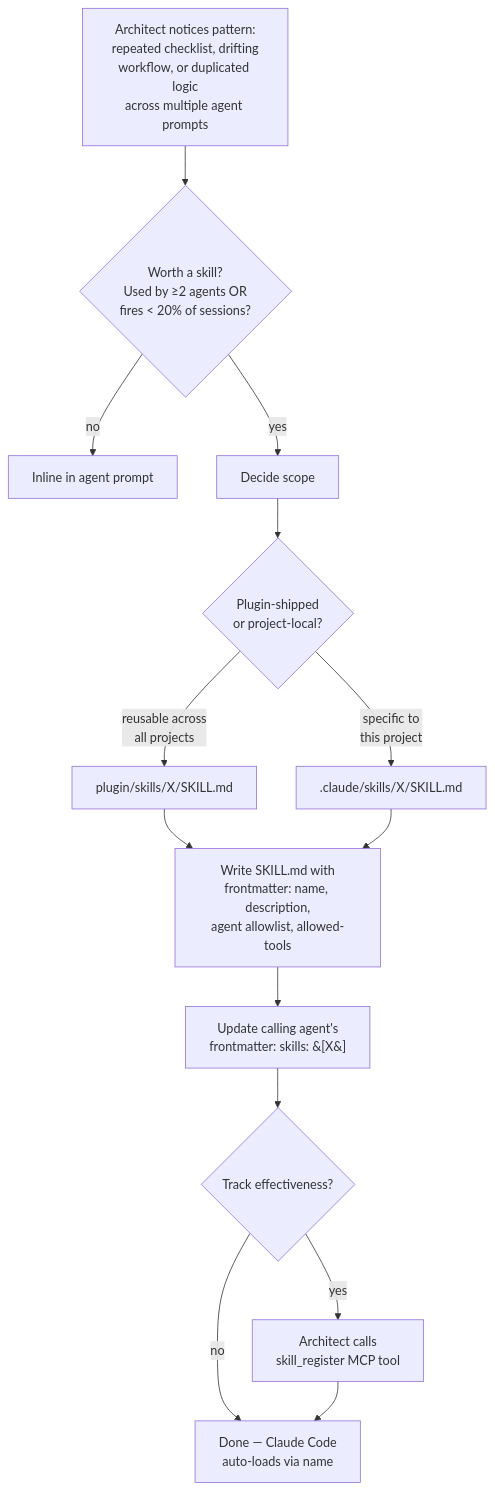
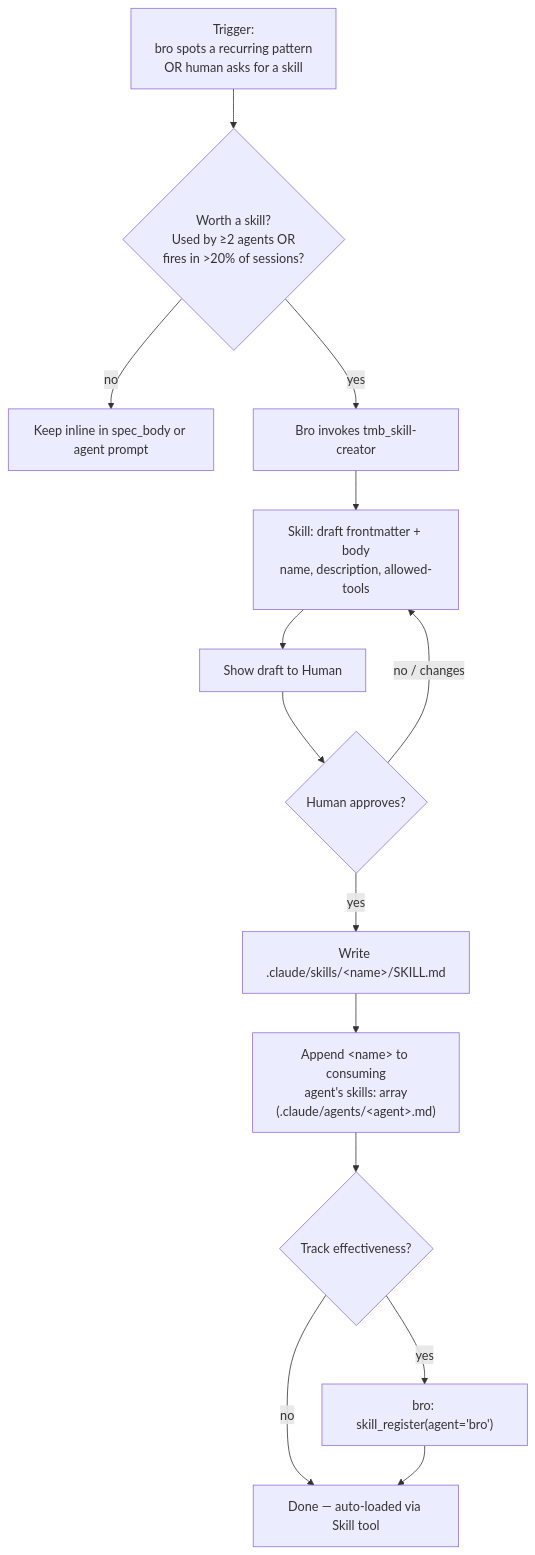
The fifth of 11 diagrams in docs/architecture/FLOWS.md (trustmybot/plugin), drawn with Mermaid before and after one commit. The commit also changed other lines of this file and 8 other files, not shown here.

````diff
--- a/docs/architecture/FLOWS.md
+++ b/docs/architecture/FLOWS.md
@@ -237,16 +243,16 @@
 ```mermaid
 flowchart TD
-    A["Architect notices pattern:<br/>repeated checklist, drifting<br/>workflow, or duplicated logic<br/>across multiple agent prompts"] --> B{"Worth a skill?<br/>Used by ≥2 agents OR<br/>fires &lt; 20% of sessions?"}
-    B -->|no| C[Inline in agent prompt]
-    B -->|yes| D[Decide scope]
-    D --> E{Plugin-shipped<br/>or project-local?}
-    E -->|reusable across<br/>all projects| F["plugin/skills/X/SKILL.md"]
-    E -->|specific to<br/>this project| G[".claude/skills/X/SKILL.md"]
-    F --> H["Write SKILL.md with<br/>frontmatter: name, description,<br/>agent allowlist, allowed-tools"]
-    G --> H
-    H --> I["Update calling agent's<br/>frontmatter: skills: &#91;X&#93;"]
+    A["Trigger:<br/>bro spots a recurring pattern<br/>OR human asks for a skill"] --> B{"Worth a skill?<br/>Used by ≥2 agents OR<br/>fires in &gt;20% of sessions?"}
+    B -->|no| C[Keep inline in spec_body or agent prompt]
+    B -->|yes| D[Bro invokes tmb_skill-creator]
+    D --> E[Skill: draft frontmatter + body<br/>name, description, allowed-tools]
+    E --> F[Show draft to Human]
+    F --> G{Human approves?}
+    G -->|no / changes| E
+    G -->|yes| H["Write .claude/skills/&lt;name&gt;/SKILL.md"]
+    H --> I["Append &lt;name&gt; to consuming<br/>agent's skills: array<br/>(.claude/agents/&lt;agent&gt;.md)"]
     I --> J{Track effectiveness?}
-    J -->|yes| K[Architect calls<br/>skill_register MCP tool]
-    J -->|no| L[Done — Claude Code<br/>auto-loads via name]
+    J -->|yes| K["bro: skill_register(agent='bro')"]
+    J -->|no| L[Done — auto-loaded via Skill tool]
     K --> L
 ```
````
